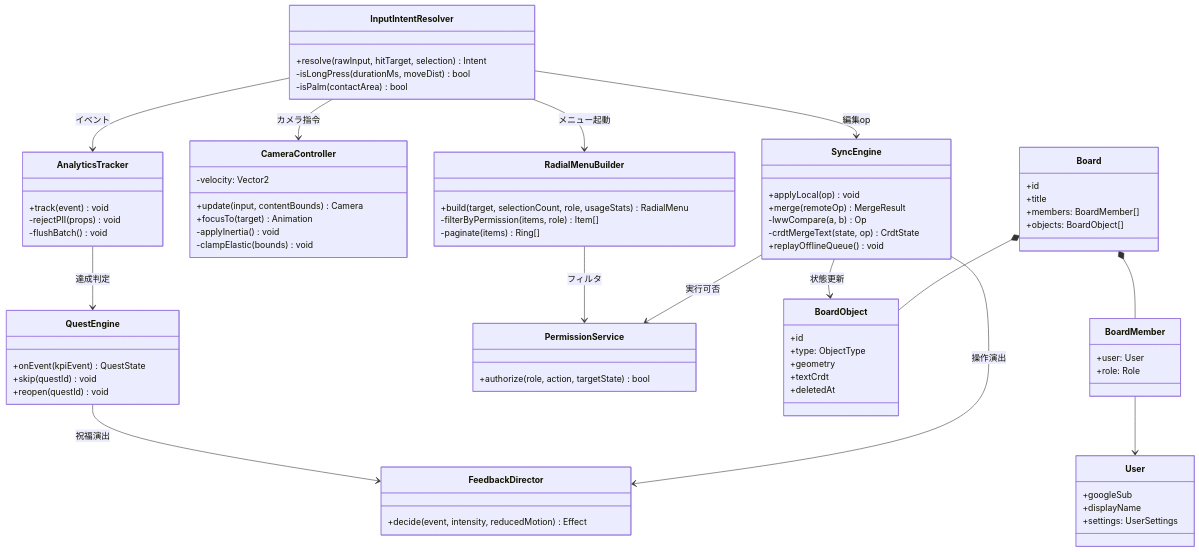
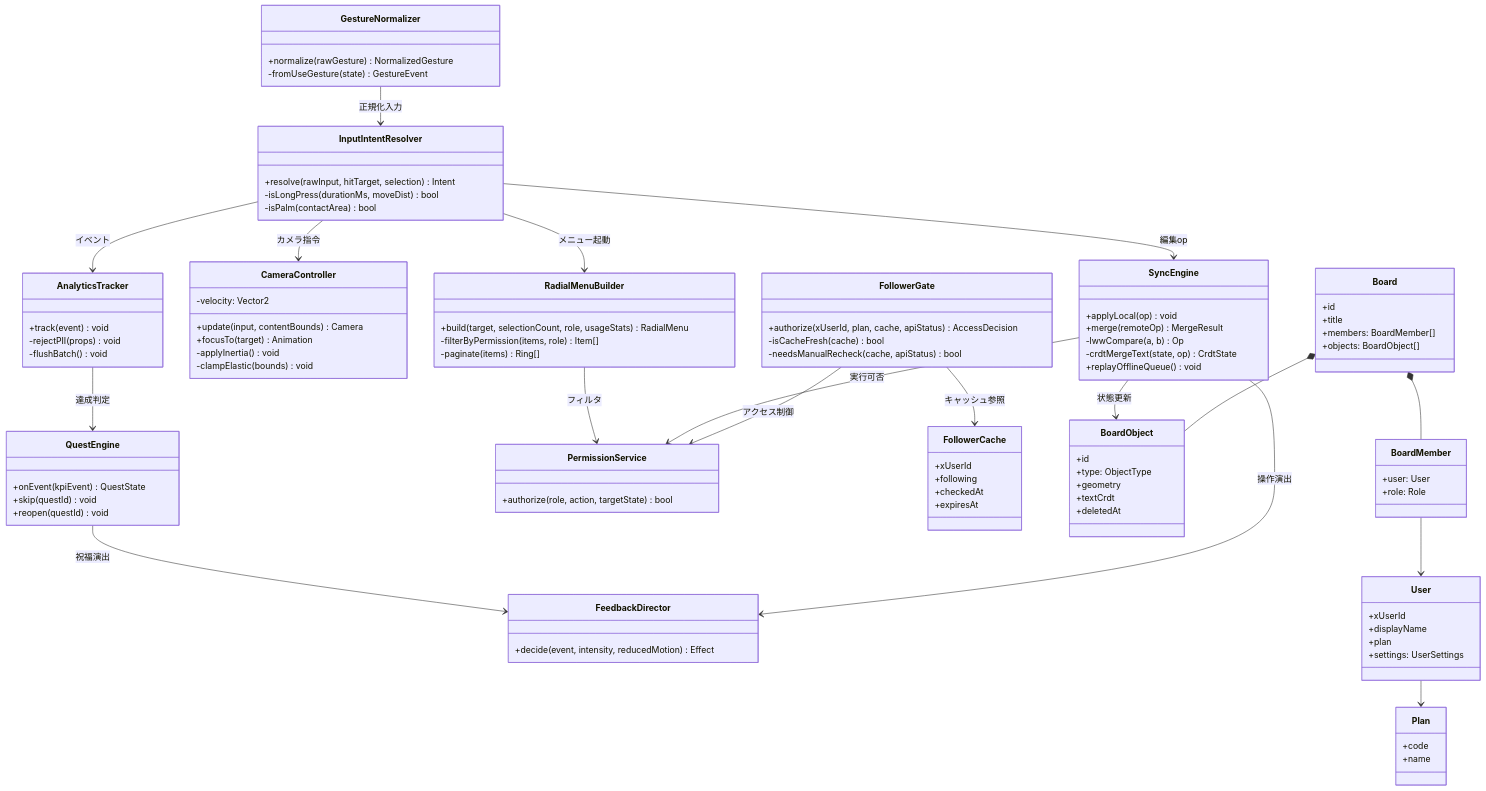
Before and after one commit to rictaworks/questboard: the sixth of 11 diagrams in questboard_design_document.md, drawn with Mermaid. The commit also changed other lines of this file, not shown here.

````diff
--- a/questboard_design_document.md
+++ b/questboard_design_document.md
@@ -367,5 +416,9 @@
 ```mermaid
 classDiagram
+    class GestureNormalizer {
+        +normalize(rawGesture) NormalizedGesture
+        -fromUseGesture(state) GestureEvent
+    }
     class InputIntentResolver {
         +resolve(rawInput, hitTarget, selection) Intent
         -isLongPress(durationMs, moveDist) bool
@@ -382,6 +435,11 @@
         +focusTo(target) Animation
         -applyInertia() void
         -clampElastic(bounds) void
+    }
+    class FollowerGate {
+        +authorize(xUserId, plan, cache, apiStatus) AccessDecision
+        -isCacheFresh(cache) bool
+        -needsManualRecheck(cache, apiStatus) bool
     }
     class FeedbackDirector {
         +decide(event, intensity, reducedMotion) Effect
@@ -406,6 +464,16 @@
         -rejectPII(props) void
         -flushBatch() void
     }
+    class Plan {
+        +code
+        +name
+    }
+    class FollowerCache {
+        +xUserId
+        +following
+        +checkedAt
+        +expiresAt
+    }
     class Board {
         +id
         +title
@@ -424,17 +492,22 @@
         +role: Role
     }
     class User {
-        +googleSub
+        +xUserId
         +displayName
+        +plan
         +settings: UserSettings
     }
 
+    GestureNormalizer --> InputIntentResolver : 正規化入力
     InputIntentResolver --> RadialMenuBuilder : メニュー起動
     InputIntentResolver --> CameraController : カメラ指令
     InputIntentResolver --> SyncEngine : 編集op
     RadialMenuBuilder --> PermissionService : フィルタ
     SyncEngine --> PermissionService : 実行可否
     SyncEngine --> BoardObject : 状態更新
+    FollowerGate --> FollowerCache : キャッシュ参照
+    FollowerGate --> PermissionService : アクセス制御
+    User --> Plan
     InputIntentResolver --> AnalyticsTracker : イベント
     AnalyticsTracker --> QuestEngine : 達成判定
     QuestEngine --> FeedbackDirector : 祝福演出
````
